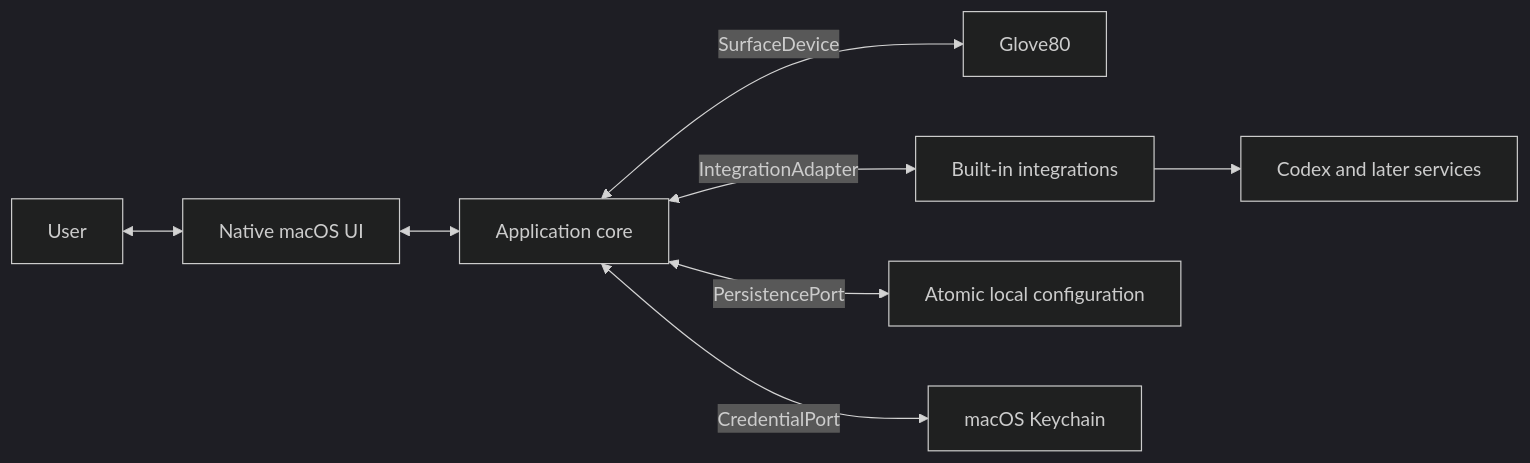
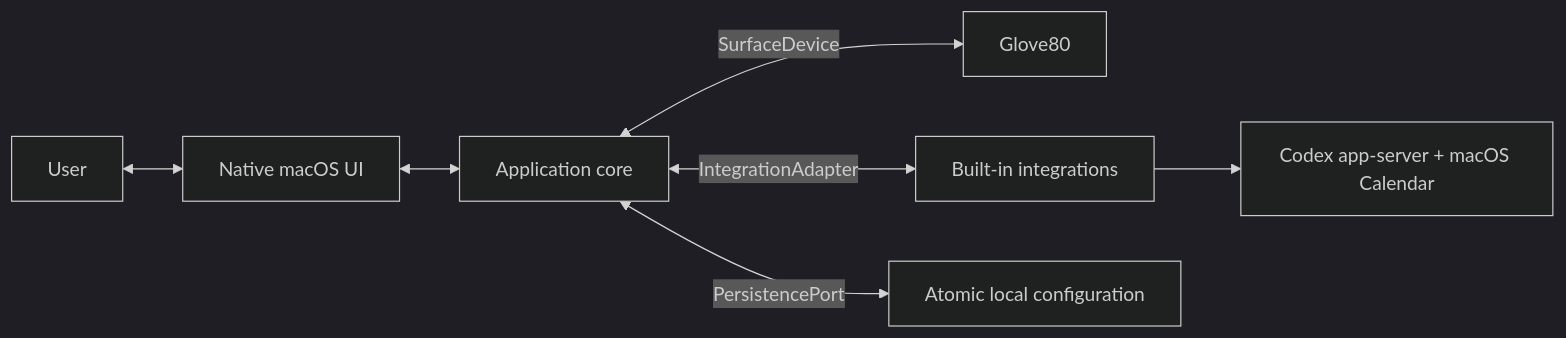
One commit to ralfboltshauser/glove80-control-surface changed the diagram in docs/application.md. Above: the diagram before and after it, drawn with Mermaid (dark theme). The commit also changed other lines of this file and 11 other files, not shown here.

Commit message:
Plan Codex and Calendar integration UX

````diff
--- a/docs/application.md
+++ b/docs/application.md
@@ -24,10 +24,9 @@
 ```mermaid
 flowchart LR
     User["User"] <--> UI["Native macOS UI"]
     UI <--> Core["Application core"]
     Core <-->|"SurfaceDevice"| Keyboard["Glove80"]
     Core <-->|"IntegrationAdapter"| Integrations["Built-in integrations"]
     Core <-->|"PersistencePort"| Files["Atomic local configuration"]
-    Core <-->|"CredentialPort"| Keychain["macOS Keychain"]
-    Integrations --> Services["Codex and later services"]
+    Integrations --> Services["Codex app-server + macOS Calendar"]
 ```
````
